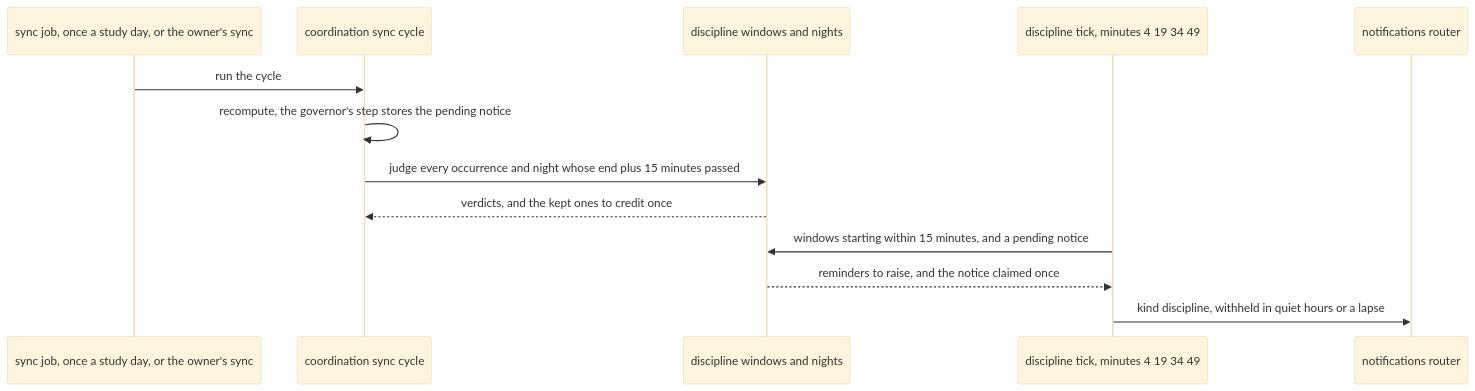
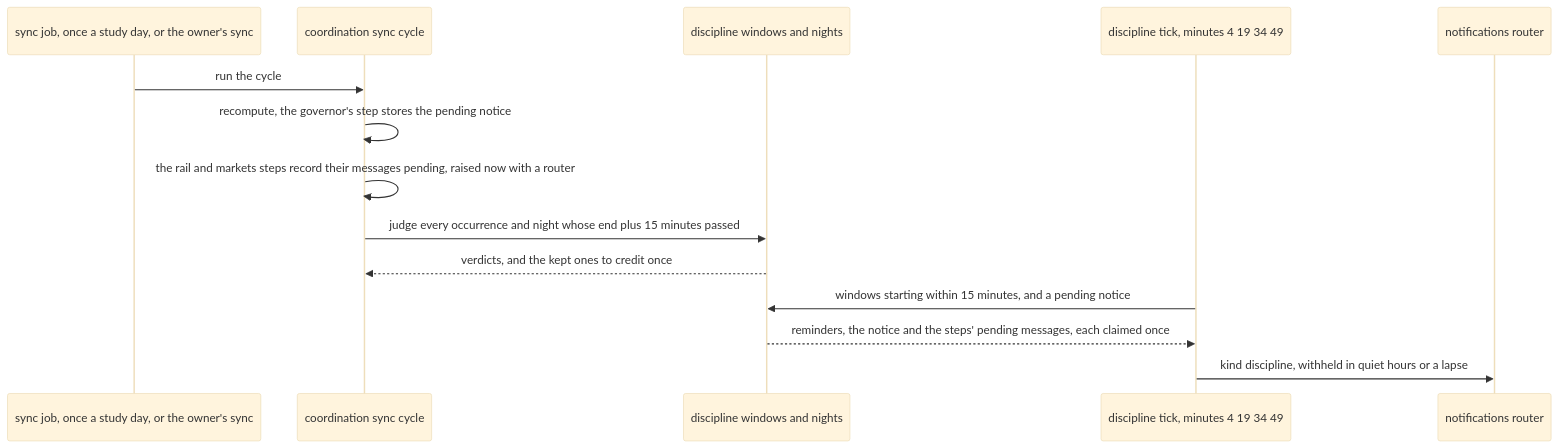
One commit to RexRenatus/deck-streak changed the first of 4 diagrams in docs/schematics/discipline-tick-and-standby-notice.md. Above: the diagram before and after it, drawn with Mermaid (base theme). The commit also changed 6 other files, not shown here.

Commit message:
docs(plan): every rail step message and market raise takes the tick

````diff
--- a/docs/schematics/discipline-tick-and-standby-notice.md
+++ b/docs/schematics/discipline-tick-and-standby-notice.md
@@ -23,15 +23,16 @@
 ```mermaid
 sequenceDiagram
   participant S as sync job, once a study day, or the owner's sync
   participant C as coordination sync cycle
   participant D as discipline windows and nights
   participant T as discipline tick, minutes 4 19 34 49
   participant R as notifications router
   S->>C: run the cycle
   C->>C: recompute, the governor's step stores the pending notice
+  C->>C: the rail and markets steps record their messages pending, raised now with a router
   C->>D: judge every occurrence and night whose end plus 15 minutes passed
   D-->>C: verdicts, and the kept ones to credit once
   T->>D: windows starting within 15 minutes, and a pending notice
-  D-->>T: reminders to raise, and the notice claimed once
+  D-->>T: reminders, the notice and the steps' pending messages, each claimed once
   T->>R: kind discipline, withheld in quiet hours or a lapse
 ```
````
